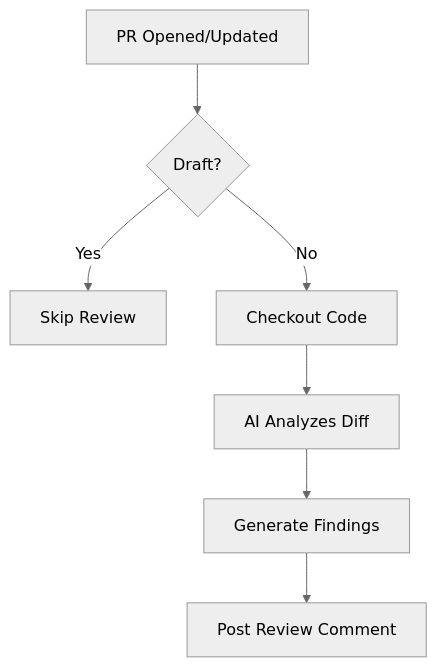
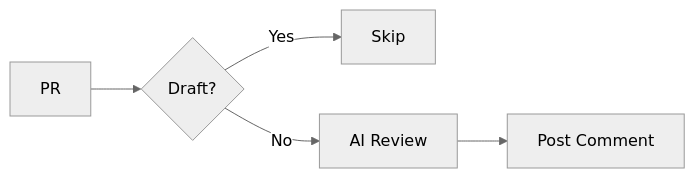
The diagram in docs/patterns/pr-auto-review.md (ambient-code/reference), drawn with Mermaid (neutral theme) before and after one commit. The commit also changed 8 other files, not shown here.

First line of the commit message:
docs: simplify mermaid diagrams for visual clarity (#17)

````diff
--- a/docs/patterns/pr-auto-review.md
+++ b/docs/patterns/pr-auto-review.md
@@ -52,9 +52,7 @@
 ```mermaid
-flowchart TD
-    A[PR Opened/Updated] --> B{Draft?}
-    B -->|Yes| C[Skip Review]
-    B -->|No| D[Checkout Code]
-    D --> E[AI Analyzes Diff]
-    E --> F[Generate Findings]
-    F --> G[Post Review Comment]
+flowchart LR
+    A[PR] --> B{Draft?}
+    B -->|Yes| C[Skip]
+    B -->|No| D[AI Review]
+    D --> E[Post Comment]
 ```
````
